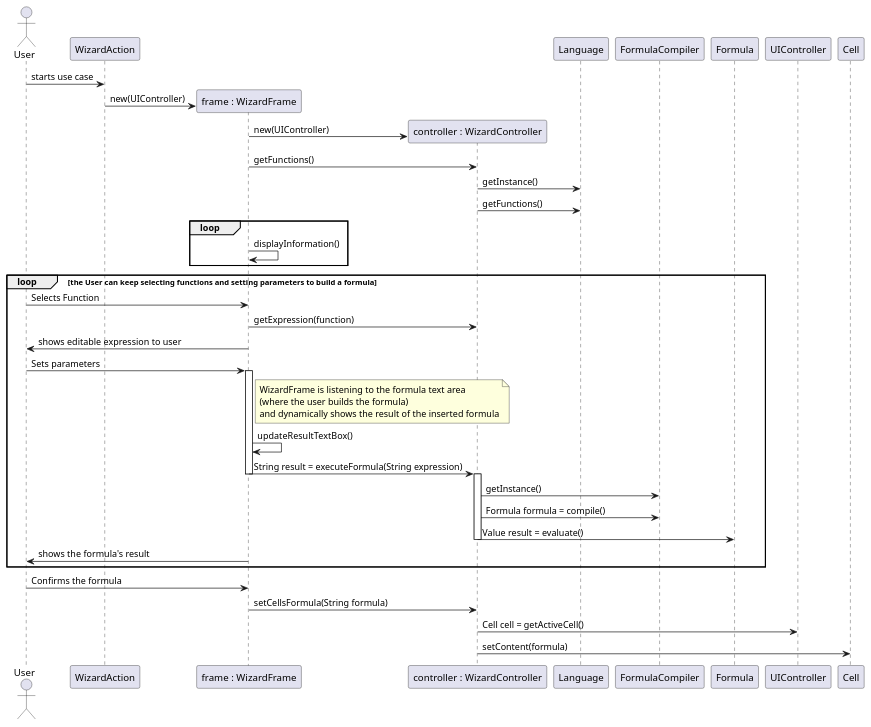
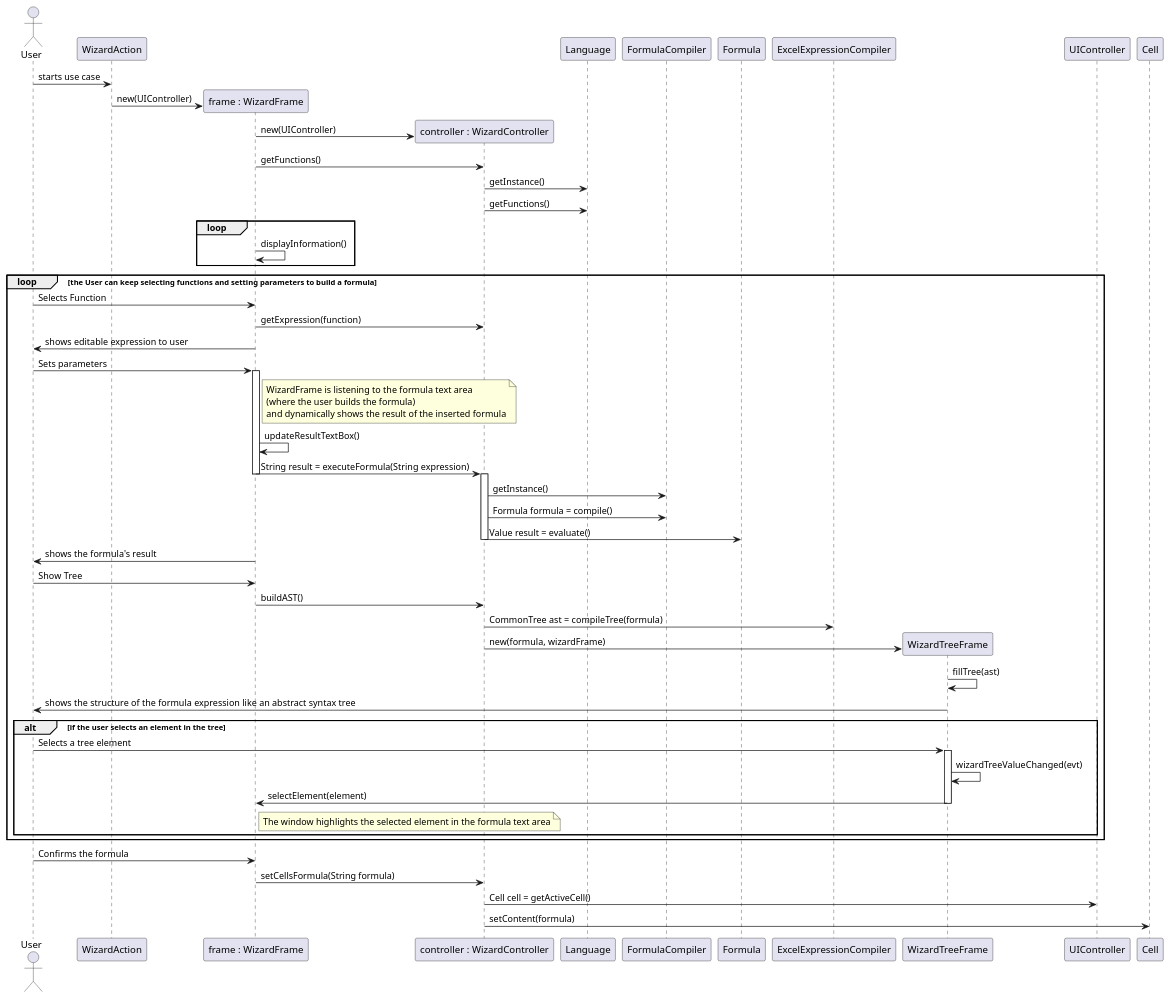
One commit to RubenTeixeira/cleansheets_isep_2dg_2016 changed the diagram in src/main/java/csheets/worklog/n1140329/sprint4/lang04_03_design.puml. Above: the diagram before and after it, drawn with PlantUML. The commit also changed 3 other files, not shown here.

Commit message:
LPFOURDG-339 #time 2h #comment Updated Design. Added Class Diagram. Updated Worklog of sprint4.

```diff
--- a/src/main/java/csheets/worklog/n1140329/sprint4/lang04_03_design.puml
+++ b/src/main/java/csheets/worklog/n1140329/sprint4/lang04_03_design.puml
@@ -1,43 +1,58 @@
 @startuml doc-files/lang04_03_design.png
 actor User
 
   participant "WizardAction" as WizardAction 
   participant "frame : WizardFrame" as WizardFrame 
   participant "controller : WizardController" as WizardController 
 
   User -> WizardAction : starts use case
   create WizardFrame 
   WizardAction -> WizardFrame : new(UIController) 
   create WizardController 
   WizardFrame -> WizardController : new(UIController) 
   WizardFrame -> WizardController : getFunctions()
   WizardController -> Language : getInstance()
   WizardController -> Language : getFunctions()
 
   loop
   WizardFrame -> WizardFrame : displayInformation()
   end
 
   loop the User can keep selecting functions and setting parameters to build a formula
   User -> WizardFrame : Selects Function
   WizardFrame -> WizardController : getExpression(function)
   WizardFrame -> User : shows editable expression to user
   User -> WizardFrame : Sets parameters
   activate WizardFrame
   note right of WizardFrame : WizardFrame is listening to the formula text area\n(where the user builds the formula)\nand dynamically shows the result of the inserted formula
   WizardFrame -> WizardFrame : updateResultTextBox() 
   WizardFrame -> WizardController : String result = executeFormula(String expression)
   deactivate WizardFrame
   activate WizardController
   WizardController -> FormulaCompiler : getInstance()
   WizardController -> FormulaCompiler : Formula formula = compile()
   WizardController -> Formula : Value result = evaluate()
   deactivate WizardController
   WizardFrame -> User : shows the formula's result
+  User -> WizardFrame : Show Tree
+  WizardFrame -> WizardController : buildAST()
+  WizardController -> ExcelExpressionCompiler : CommonTree ast = compileTree(formula)
+  create WizardTreeFrame
+  WizardController -> WizardTreeFrame : new(formula, wizardFrame)
+  WizardTreeFrame -> WizardTreeFrame : fillTree(ast)
+  WizardTreeFrame -> User : shows the structure of the formula expression like an abstract syntax tree
+  alt if the user selects an element in the tree
+  User -> WizardTreeFrame : Selects a tree element
+  activate WizardTreeFrame
+  WizardTreeFrame -> WizardTreeFrame : wizardTreeValueChanged(evt)
+  WizardTreeFrame -> WizardFrame : selectElement(element)
+  deactivate WizardTreeFrame
+  note right of WizardFrame : The window highlights the selected element in the formula text area 
+  end
   end
 
   User -> WizardFrame : Confirms the formula
   WizardFrame -> WizardController : setCellsFormula(String formula)
   WizardController -> UIController : Cell cell = getActiveCell()
   WizardController -> Cell : setContent(formula)
 @enduml
```
